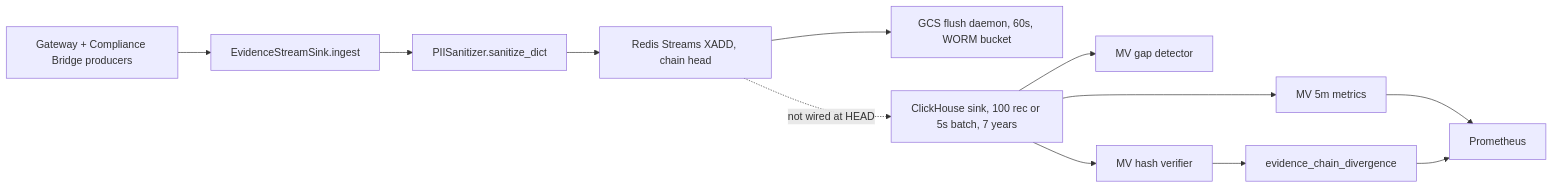
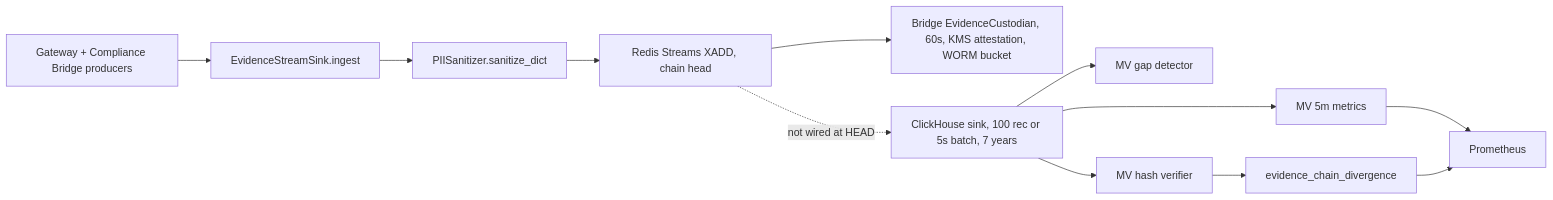
One commit to google/cybernetic-agent-governance-engine changed the diagram in docs/architecture/AUDIT_STREAM_MIGRATION_ANALYSIS.md. Above: the diagram before and after it, drawn with Mermaid. The commit also changed other lines of this file and 32 other files, not shown here.

````diff
--- a/docs/architecture/AUDIT_STREAM_MIGRATION_ANALYSIS.md
+++ b/docs/architecture/AUDIT_STREAM_MIGRATION_ANALYSIS.md
@@ -529,14 +529,14 @@
 ```mermaid
 flowchart LR
     A[Gateway + Compliance Bridge producers] --> C[EvidenceStreamSink.ingest]
     C --> B[PIISanitizer.sanitize_dict]
     B --> D[Redis Streams XADD, chain head]
-    D --> E[GCS flush daemon, 60s, WORM bucket]
+    D --> E[Bridge EvidenceCustodian, 60s, KMS attestation, WORM bucket]
     D -.not wired at HEAD.-> F[ClickHouse sink, 100 rec or 5s batch, 7 years]
     F --> G[MV gap detector]
     F --> H[MV hash verifier]
     F --> I[MV 5m metrics]
     H --> J[evidence_chain_divergence]
     I --> K[Prometheus]
     J --> K
 ```
````
